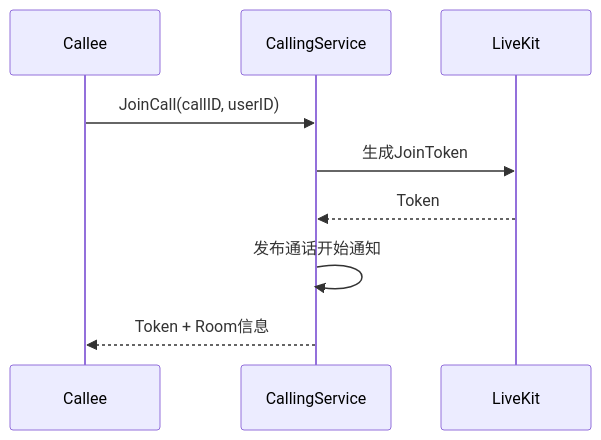
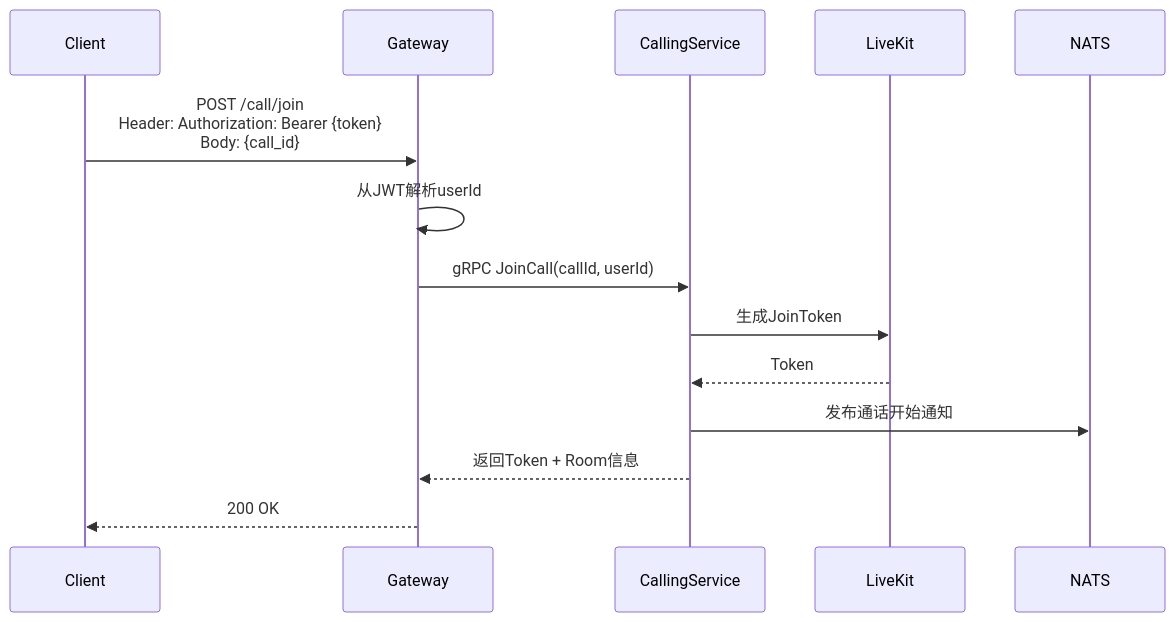
One commit to yzhgit/anychat-server changed the second of 4 diagrams in docs/design/calling/call.md. Above: the diagram before and after it, drawn with Mermaid. The commit also changed other lines of this file and 30 other files, not shown here.

First line of the commit message:
docs: 更新设计文档时序图，添加Gateway和NATS参与者

````diff
--- a/docs/design/calling/call.md
+++ b/docs/design/calling/call.md
@@ -36,12 +40,17 @@
 ```mermaid
 sequenceDiagram
-    participant Callee
+    participant Client
+    participant Gateway
     participant CallingService
     participant LiveKit
+    participant NATS
 
-    Callee->>CallingService: JoinCall(callID, userID)
+    Client->>Gateway: POST /call/join<br/>Header: Authorization: Bearer {token}<br/>Body: {call_id}
+    Gateway->>Gateway: 从JWT解析userId
+    Gateway->>CallingService: gRPC JoinCall(callId, userId)
     CallingService->>LiveKit: 生成JoinToken
     LiveKit-->>CallingService: Token
-    CallingService->>CallingService: 发布通话开始通知
-    CallingService-->>Callee: Token + Room信息
+    CallingService->>NATS: 发布通话开始通知
+    CallingService-->>Gateway: 返回Token + Room信息
+    Gateway-->>Client: 200 OK
 ```
````
